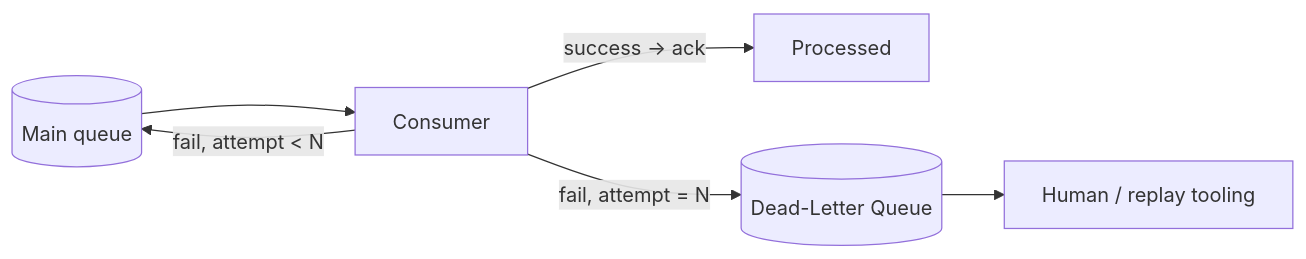
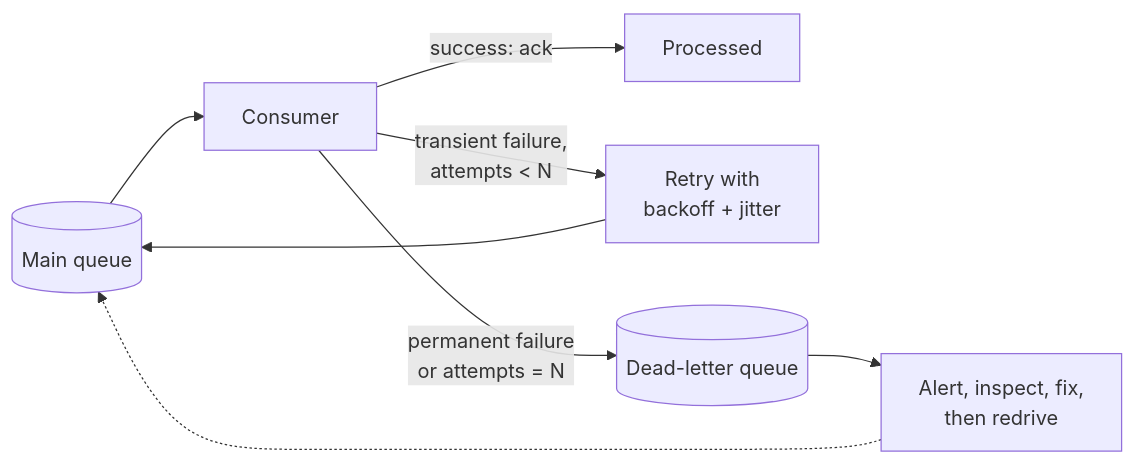
One commit to AndrewAltimit/Documentation changed the ninth of 9 diagrams in github-pages/docs/event-driven/message-brokers.md. Above: the diagram before and after it, drawn with Mermaid. The commit also changed other lines of this file and 240 other files, not shown here.

````diff
--- a/github-pages/docs/event-driven/message-brokers.md
+++ b/github-pages/docs/event-driven/message-brokers.md
@@ -420,8 +533,10 @@
 ```mermaid
 flowchart LR
     Q[("Main queue")] --> C["Consumer"]
-    C -->|success → ack| Done["Processed"]
-    C -->|fail, attempt < N| Q
-    C -->|fail, attempt = N| DLQ[("Dead-Letter Queue")]
-    DLQ --> H["Human / replay tooling"]
+    C -->|"success: ack"| Done["Processed"]
+    C -->|"transient failure,<br/>attempts < N"| R["Retry with<br/>backoff + jitter"]
+    R --> Q
+    C -->|"permanent failure<br/>or attempts = N"| DLQ[("Dead-letter queue")]
+    DLQ --> H["Alert, inspect, fix,<br/>then redrive"]
+    H -.-> Q
 ```
````
